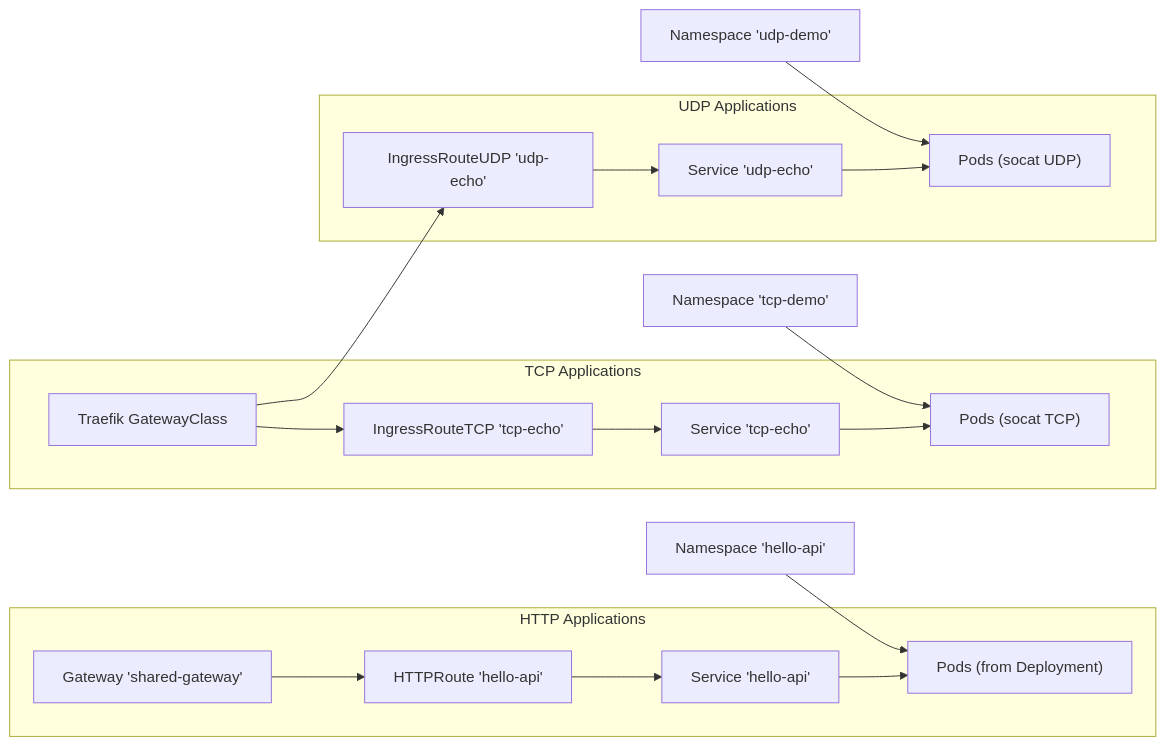
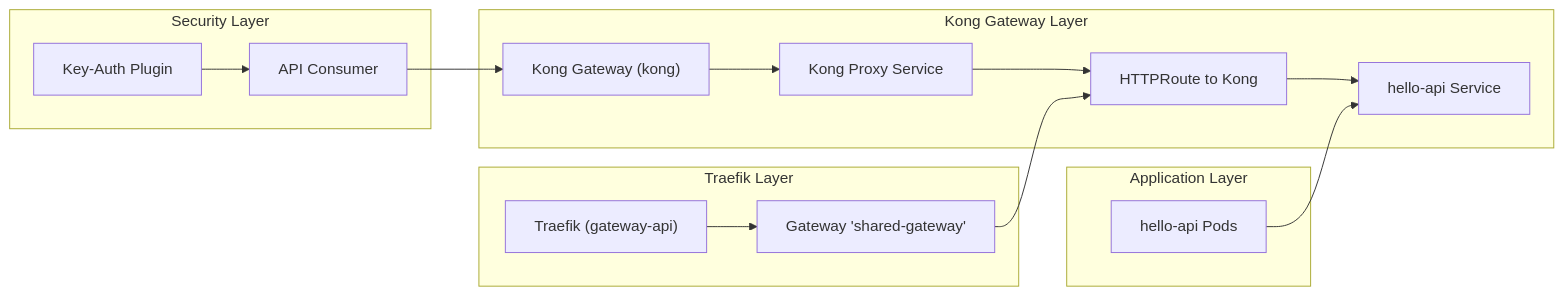
The third of 3 diagrams in .qoder/repowiki/en/content/Playground Applications/Demo Applications/Demo Applications.md (Hoangvu75/k8s_manifest), drawn with Mermaid before and after one commit. The commit also changed other lines of this file and 4 other files, not shown here.

````diff
--- a/.qoder/repowiki/en/content/Playground Applications/Demo Applications/Demo Applications.md
+++ b/.qoder/repowiki/en/content/Playground Applications/Demo Applications/Demo Applications.md
@@ -391,21 +398,19 @@
 ```mermaid
 graph LR
-subgraph "HTTP Applications"
-GW["Gateway 'shared-gateway'"] --> HR["HTTPRoute 'hello-api'"]
-HR --> SVC_HTTP["Service 'hello-api'"]
-SVC_HTTP --> POD_HTTP["Pods (from Deployment)"]
+subgraph "Kong Gateway Layer"
+KONG["Kong Gateway (kong)"] --> PROXY["Kong Proxy Service"]
+PROXY --> ROUTE["HTTPRoute to Kong"]
+ROUTE --> SERVICE["hello-api Service"]
 end
-subgraph "TCP Applications"
-TR["Traefik GatewayClass"] --> IRT["IngressRouteTCP 'tcp-echo'"]
-IRT --> SVC_TCP["Service 'tcp-echo'"]
-SVC_TCP --> POD_TCP["Pods (socat TCP)"]
+subgraph "Traefik Layer"
+TRAEFIK["Traefik (gateway-api)"] --> GATEWAY["Gateway 'shared-gateway'"]
+GATEWAY --> ROUTE
 end
-subgraph "UDP Applications"
-TR --> IRU["IngressRouteUDP 'udp-echo'"]
-IRU --> SVC_UDP["Service 'udp-echo'"]
-SVC_UDP --> POD_UDP["Pods (socat UDP)"]
+subgraph "Application Layer"
+APP["hello-api Pods"] --> SERVICE
 end
-NS_HTTP["Namespace 'hello-api'"] --> POD_HTTP
-NS_TCP["Namespace 'tcp-demo'"] --> POD_TCP
-NS_UDP["Namespace 'udp-demo'"] --> POD_UDP
+subgraph "Security Layer"
+KEYAUTH["Key-Auth Plugin"] --> CONSUMER["API Consumer"]
+CONSUMER --> KONG
+end
 ```
````
